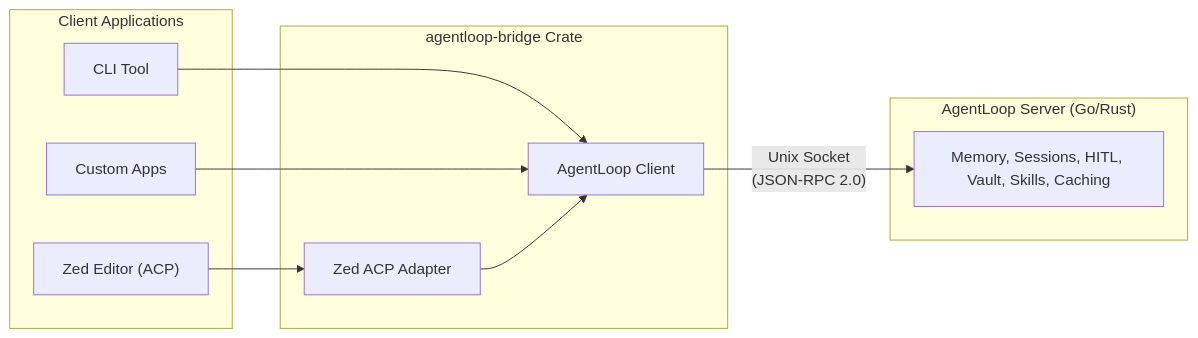
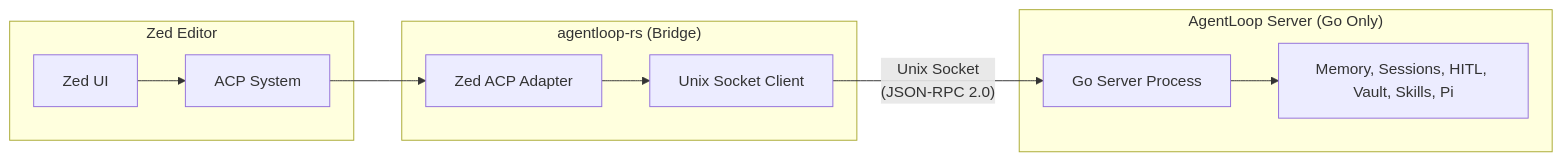
The diagram in src/content/docs/rust-client/overview.mdx (MarcoMruz/agentloop-docs), drawn with Mermaid before and after one commit. The commit also changed other lines of this file and 3 other files, not shown here.

First line of the commit message:
docs: clarify agentloop-rs is ACP bridge only, not server

````diff
--- a/src/content/docs/rust-client/overview.mdx
+++ b/src/content/docs/rust-client/overview.mdx
@@ -16,23 +20,23 @@
 ```mermaid
 graph LR
-    subgraph "Client Applications"
-        Zed["Zed Editor (ACP)"]
-        CLI["CLI Tool"]
-        Custom["Custom Apps"]
+    subgraph "Zed Editor"
+        UI["Zed UI"]
+        ACP_System["ACP System"]
     end
 
-    subgraph "agentloop-bridge Crate"
-        Client["AgentLoop Client"]
-        ACP["Zed ACP Adapter"]
+    subgraph "agentloop-rs (Bridge)"
+        Adapter["Zed ACP Adapter"]
+        Client["Unix Socket Client"]
     end
 
-    subgraph "AgentLoop Server (Go/Rust)"
-        Intelligence["Memory, Sessions, HITL, Vault, Skills, Caching"]
+    subgraph "AgentLoop Server (Go Only)"
+        Server["Go Server Process"]
+        Intelligence["Memory, Sessions, HITL, Vault, Skills, Pi"]
     end
 
-    Zed --> ACP
-    CLI --> Client
-    Custom --> Client
-    ACP --> Client
-    Client -->|"Unix Socket<br/>(JSON-RPC 2.0)"| Intelligence
+    UI --> ACP_System
+    ACP_System --> Adapter
+    Adapter --> Client
+    Client -->|"Unix Socket<br/>(JSON-RPC 2.0)"| Server
+    Server --> Intelligence
 ```
````
